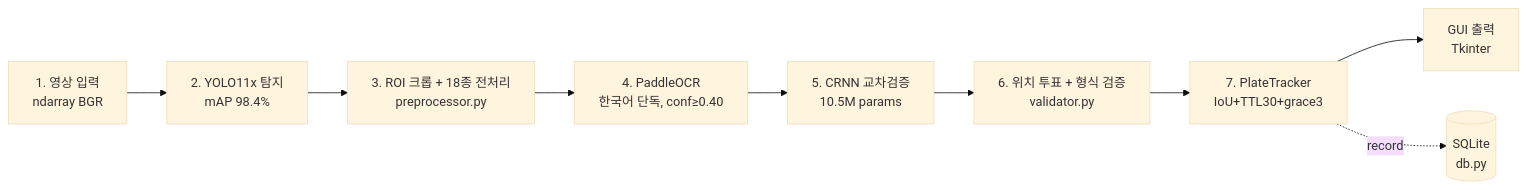
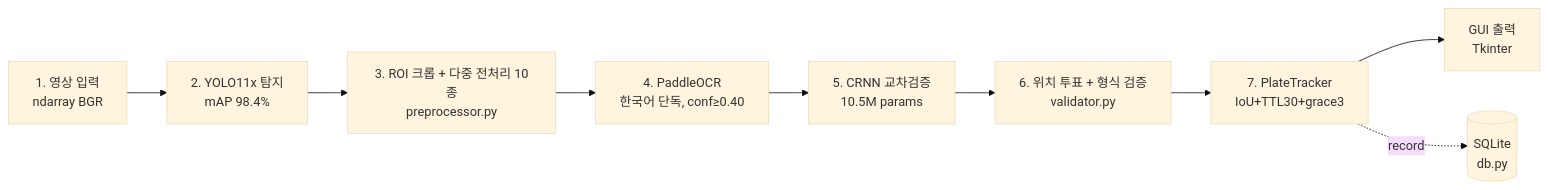
One commit to rhlfur2055-prog/yolo11 changed the first of 5 diagrams in docs/ARCHITECTURE.md. Above: the diagram before and after it, drawn with Mermaid (base theme). The commit also changed other lines of this file and 3 other files, not shown here.

````diff
--- a/docs/ARCHITECTURE.md
+++ b/docs/ARCHITECTURE.md
@@ -20,11 +20,11 @@
 ```mermaid
 flowchart LR
     F[1. 영상 입력<br/>ndarray BGR] --> Y[2. YOLO11x 탐지<br/>mAP 98.4%]
-    Y --> P[3. ROI 크롭 + 18종 전처리<br/>preprocessor.py]
+    Y --> P[3. ROI 크롭 + 다중 전처리 10종<br/>preprocessor.py]
     P --> O[4. PaddleOCR<br/>한국어 단독, conf≥0.40]
     O --> C[5. CRNN 교차검증<br/>10.5M params]
     C --> V[6. 위치 투표 + 형식 검증<br/>validator.py]
     V --> T[7. PlateTracker<br/>IoU+TTL30+grace3]
     T --> G[GUI 출력<br/>Tkinter]
     T -. record .-> D[(SQLite<br/>db.py)]
 ```
````
